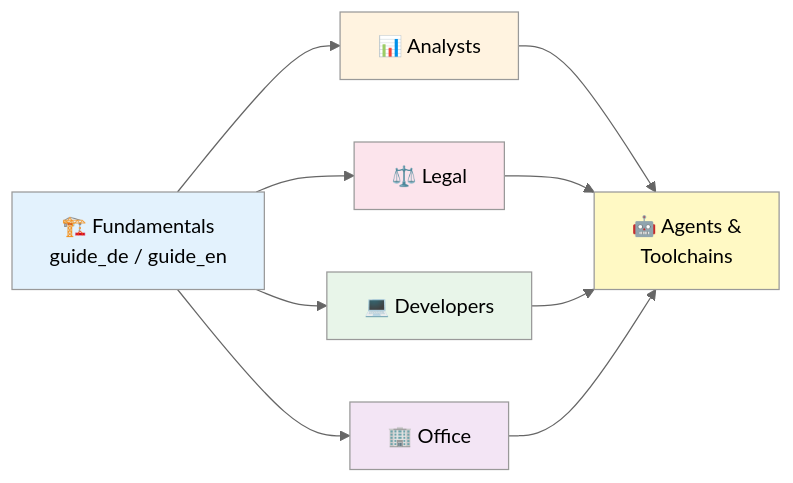
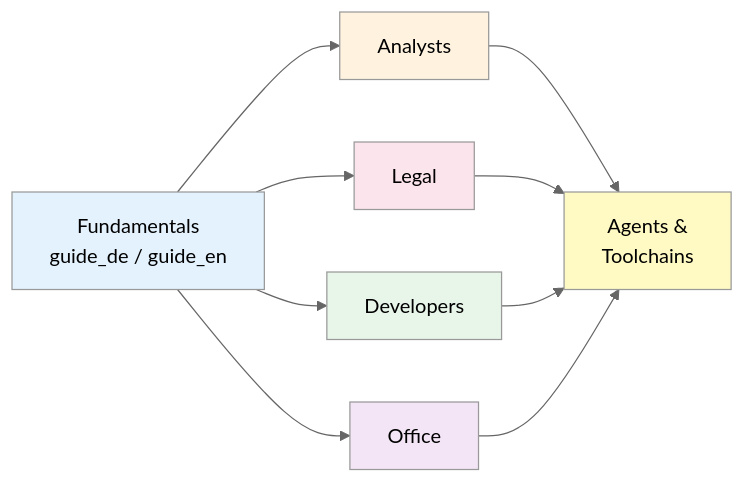
Before and after one commit to justinsz/ProPrompt: the diagram in README.md, drawn with Mermaid (neutral theme). The commit also changed other lines of this file and 11 other files, not shown here.

````diff
--- a/README.md
+++ b/README.md
@@ -44,16 +44,16 @@
 ```mermaid
 flowchart LR
-    A[🏗️ Fundamentals<br/>guide_de / guide_en] --> B[📊 Analysts]
-    A --> C[⚖️ Legal]
-    A --> D[💻 Developers]
-    A --> E[🏢 Office]
-    
-    B & C & D & E --> F[🤖 Agents &<br/>Toolchains]
-    
+    A[Fundamentals<br/>guide_de / guide_en] --> B[Analysts]
+    A --> C[Legal]
+    A --> D[Developers]
+    A --> E[Office]
+
+    B & C & D & E --> F[Agents &<br/>Toolchains]
+
     style A fill:#e3f2fd
     style B fill:#fff3e0
     style C fill:#fce4ec
     style D fill:#e8f5e9
     style E fill:#f3e5f5
     style F fill:#fff9c4
 ```
````
